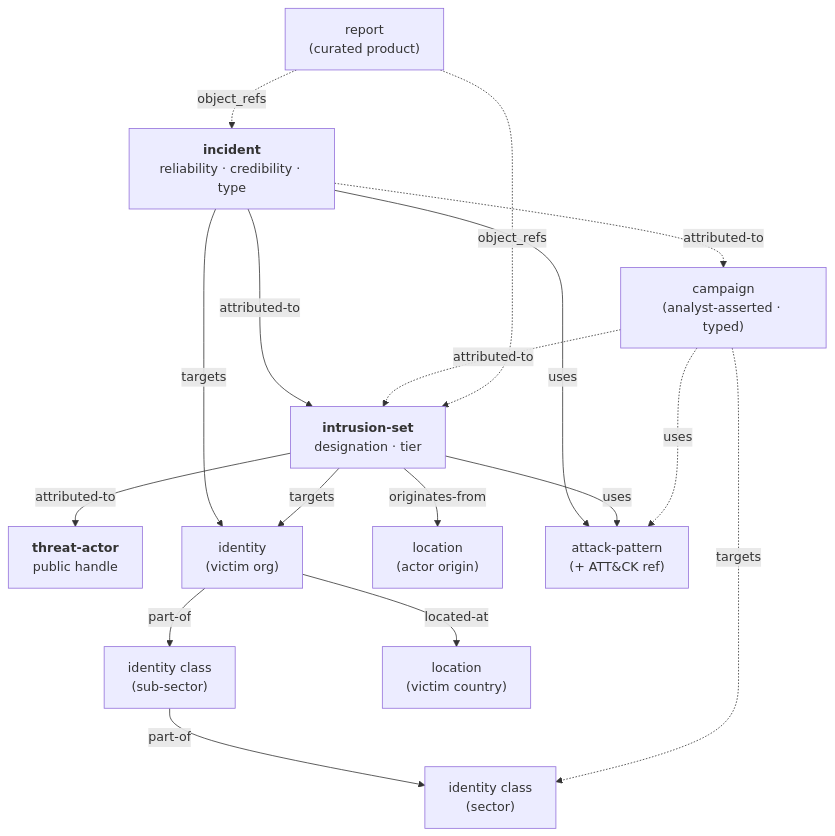
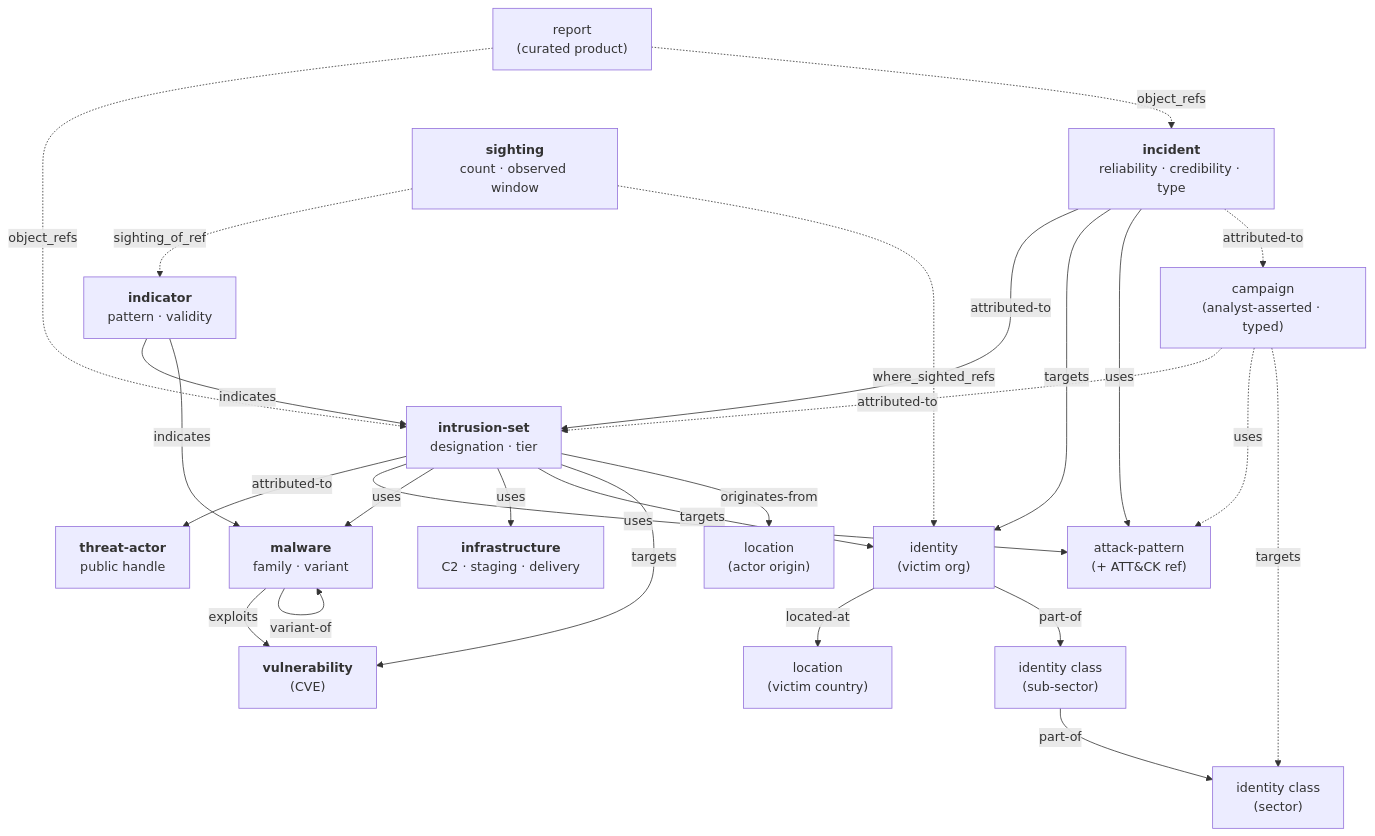
One commit to CTI-Center/PatchWork changed the second of 2 diagrams in docs/Patchwork-CTI-Framework.md. Above: the diagram before and after it, drawn with Mermaid. The commit also changed other lines of this file and 32 other files, not shown here.

````diff
--- a/docs/Patchwork-CTI-Framework.md
+++ b/docs/Patchwork-CTI-Framework.md
@@ -634,31 +765,45 @@
 ```mermaid
 flowchart TB
   INC["<b>incident</b><br/>reliability · credibility · type"]
   IS["<b>intrusion-set</b><br/>designation · tier"]
   TA["<b>threat-actor</b><br/>public handle"]
   ORG["identity<br/>(victim org)"]
   SEC["identity class<br/>(sector)"]
   SUB["identity class<br/>(sub-sector)"]
   VLOC["location<br/>(victim country)"]
   OLOC["location<br/>(actor origin)"]
   AP["attack-pattern<br/>(+ ATT&amp;CK ref)"]
+  MAL["<b>malware</b><br/>family · variant"]
+  INF["<b>infrastructure</b><br/>C2 · staging · delivery"]
+  VUL["<b>vulnerability</b><br/>(CVE)"]
+  IND["<b>indicator</b><br/>pattern · validity"]
+  SIG["<b>sighting</b><br/>count · observed window"]
   CAM["campaign<br/>(analyst-asserted · typed)"]
   REP["report<br/>(curated product)"]
 
   INC -->|attributed-to| IS
   INC -->|targets| ORG
   INC -->|uses| AP
   IS -->|attributed-to| TA
   IS -->|uses| AP
+  IS -->|uses| MAL
+  IS -->|uses| INF
   IS -->|targets| ORG
+  IS -->|targets| VUL
   IS -->|originates-from| OLOC
+  MAL -->|exploits| VUL
+  MAL -->|variant-of| MAL
+  IND -->|indicates| IS
+  IND -->|indicates| MAL
+  SIG -.->|sighting_of_ref| IND
+  SIG -.->|where_sighted_refs| ORG
   ORG -->|located-at| VLOC
   ORG -->|part-of| SUB
   SUB -->|part-of| SEC
   INC -.->|attributed-to| CAM
   CAM -.->|attributed-to| IS
   CAM -.->|uses| AP
   CAM -.->|targets| SEC
   REP -.->|object_refs| IS
   REP -.->|object_refs| INC
 ```
````
